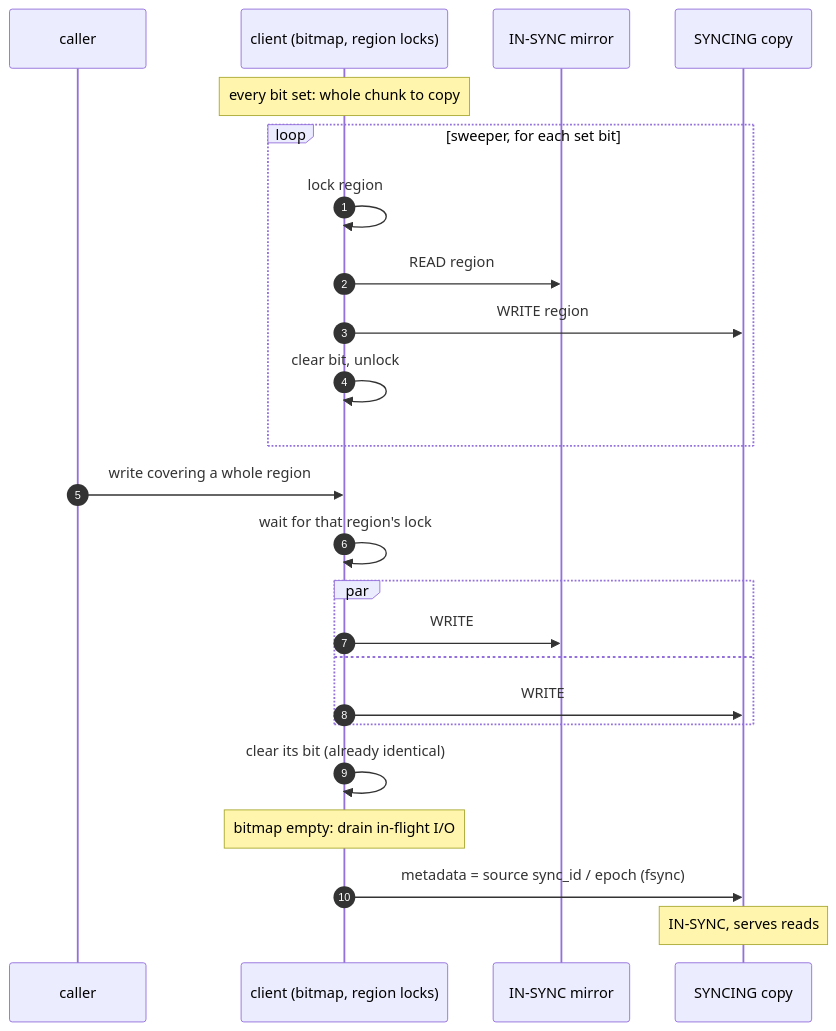
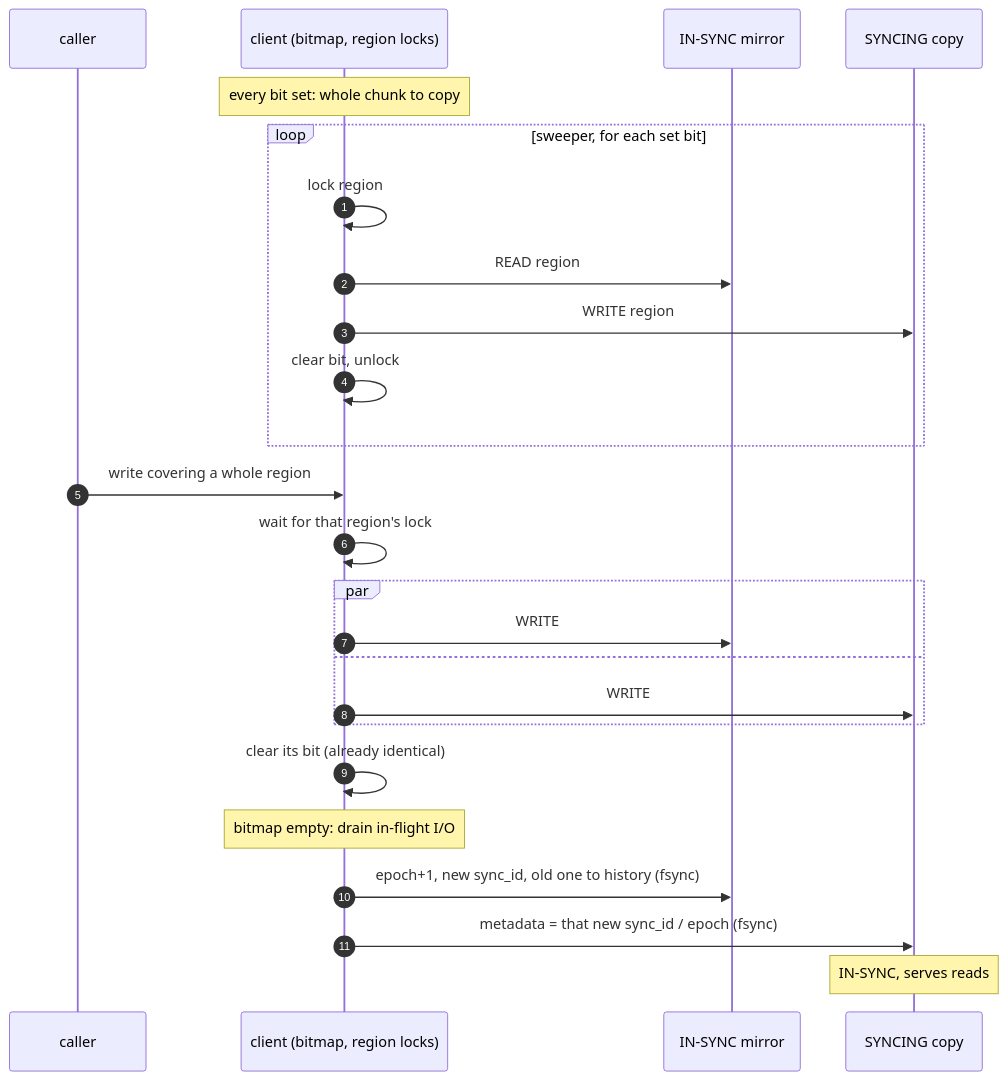
The fifth of 5 diagrams in docs/mirroring.md (rawstor/librawstor), drawn with Mermaid before and after one commit. The commit also changed other lines of this file and 7 other files, not shown here.

````diff
--- a/docs/mirroring.md
+++ b/docs/mirroring.md
@@ -250,26 +291,27 @@
 ```mermaid
 sequenceDiagram
     autonumber
     participant App as caller
     participant C as client (bitmap, region locks)
     participant Src as IN-SYNC mirror
     participant Dst as SYNCING copy
     Note over C: every bit set: whole chunk to copy
     loop sweeper, for each set bit
         C->>C: lock region
         C->>Src: READ region
         C->>Dst: WRITE region
         C->>C: clear bit, unlock
     end
     App->>C: write covering a whole region
     C->>C: wait for that region's lock
     par
         C->>Src: WRITE
     and
         C->>Dst: WRITE
     end
     C->>C: clear its bit (already identical)
     Note over C: bitmap empty: drain in-flight I/O
-    C->>Dst: metadata = source sync_id / epoch (fsync)
+    C->>Src: epoch+1, new sync_id, old one to history (fsync)
+    C->>Dst: metadata = that new sync_id / epoch (fsync)
     Note over Dst: IN-SYNC, serves reads
 ```
````
